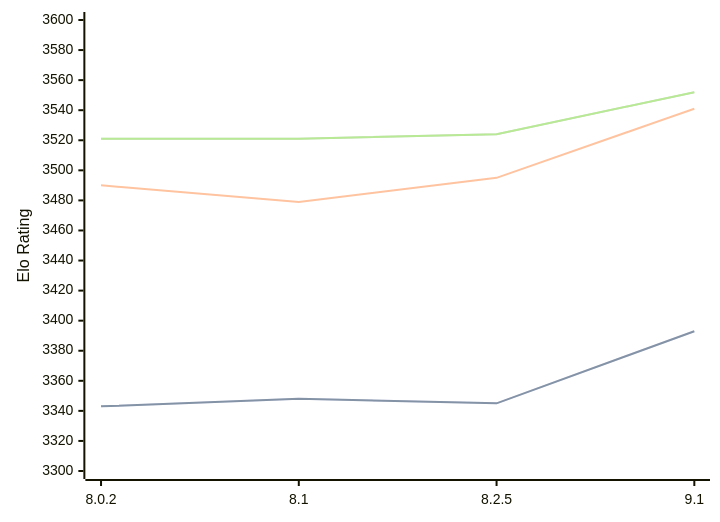
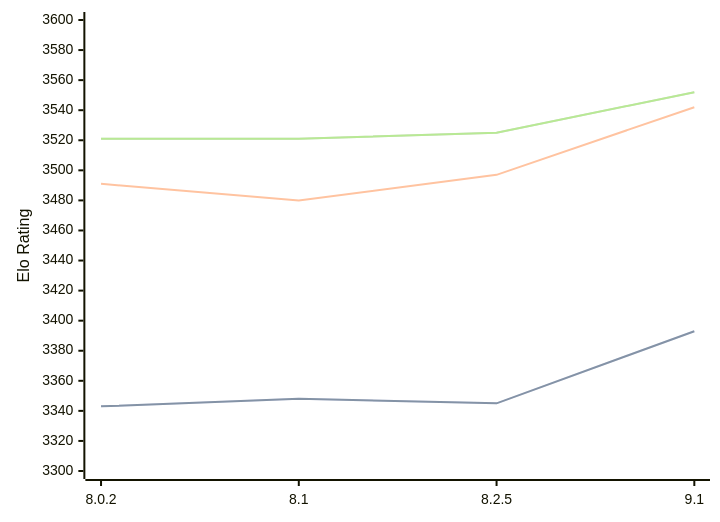
The diagram in engines/Clover.md (computer-chess-index/cci), drawn with Mermaid before and after one commit. The commit also changed other lines of this file, not shown here.

Commit message:
Update CCI Ratings (ELO VLTC) - 2026-09-16

````diff
--- a/engines/Clover.md
+++ b/engines/Clover.md
@@ -35,11 +35,11 @@
 ```mermaid
 %%{init: {"theme":"base","themeVariables":{"seriesColors:['#a3a3a3','#222221','#faa371']}}}%%
 xychart-beta
   x-axis ["8.0.2", "8.1", "8.2.5", "9.1"]
   y-axis "Elo Rating" 3300 --> 3600
   line "" [3343, 3348, 3345, 3393]
   line "STC (8.0+0.08s)" [3343, 3348, 3345, 3393]
-  line "LTC (60.0+0.60s)" [3490, 3479, 3495, 3541]
-  line "" [3521, 3521, 3524, 3552]
-  line "VLTC (2m24s+1.12s)" [3521, 3521, 3524, 3552]
+  line "LTC (60.0+0.60s)" [3491, 3480, 3497, 3542]
+  line "" [3521, 3521, 3525, 3552]
+  line "VLTC (2m24s+1.12s)" [3521, 3521, 3525, 3552]
 ```
````
